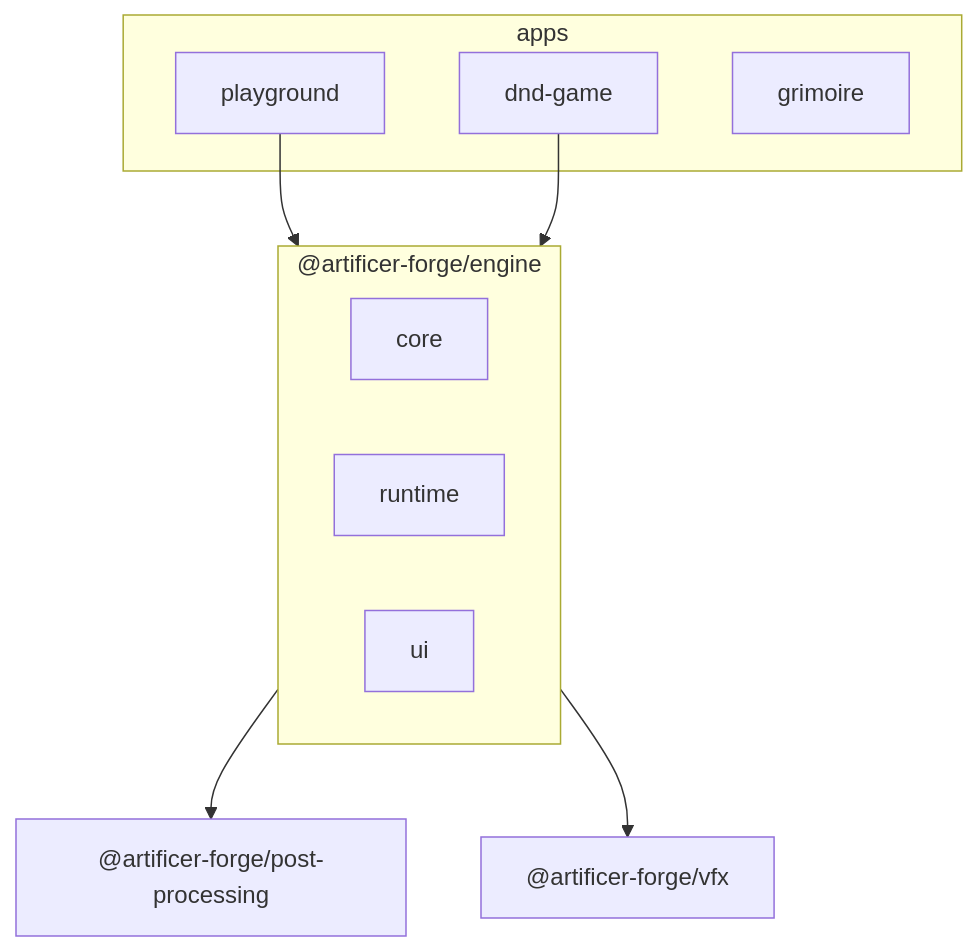
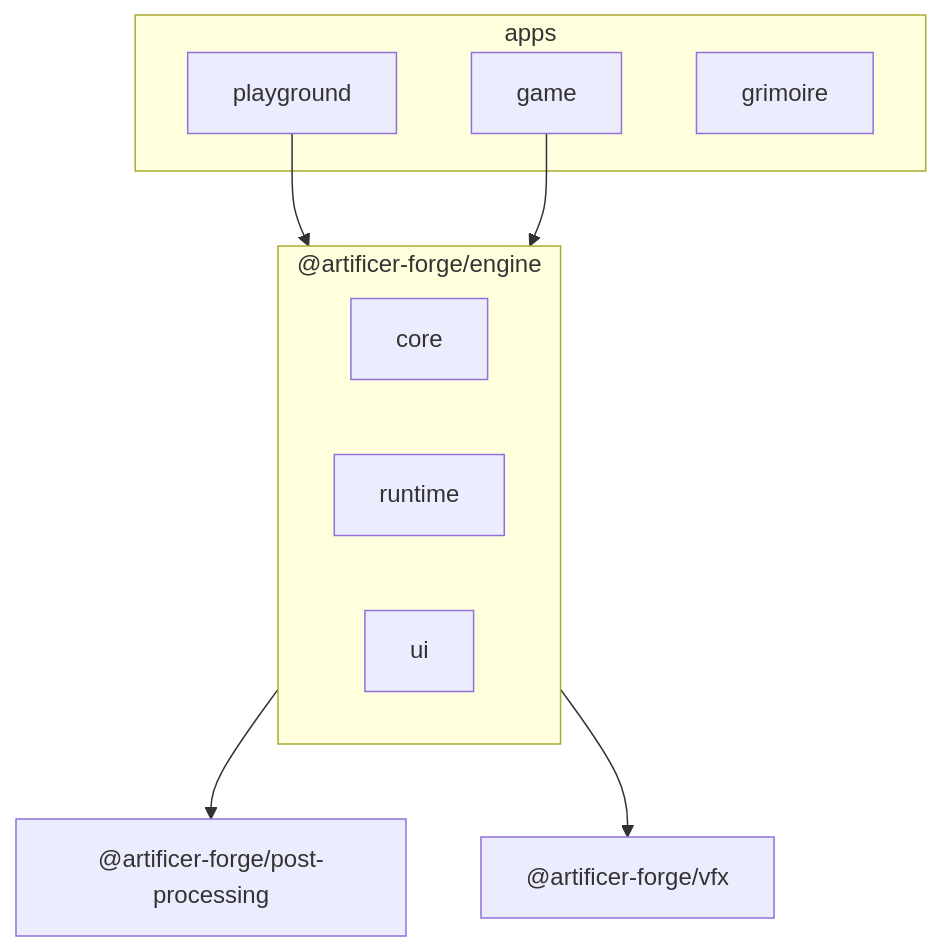
The diagram in apps/grimoire/content/01.getting-started/1.introduction.md (alvarosabu/artificer-forge), drawn with Mermaid before and after one commit. The commit also changed other lines of this file and 21 other files, not shown here.

````diff
--- a/apps/grimoire/content/01.getting-started/1.introduction.md
+++ b/apps/grimoire/content/01.getting-started/1.introduction.md
@@ -51,17 +51,17 @@
 ```mermaid
 flowchart TD
   subgraph apps
     pg[playground]
-    dnd[dnd-game]
+    game[game]
     gr[grimoire]
   end
   subgraph engine["@artificer-forge/engine"]
     core[core]
     runtime[runtime]
     ui[ui]
   end
   pg --> engine
-  dnd --> engine
+  game --> engine
   engine --> pp["@artificer-forge/post-processing"]
   engine --> vfx["@artificer-forge/vfx"]
 ```
````
